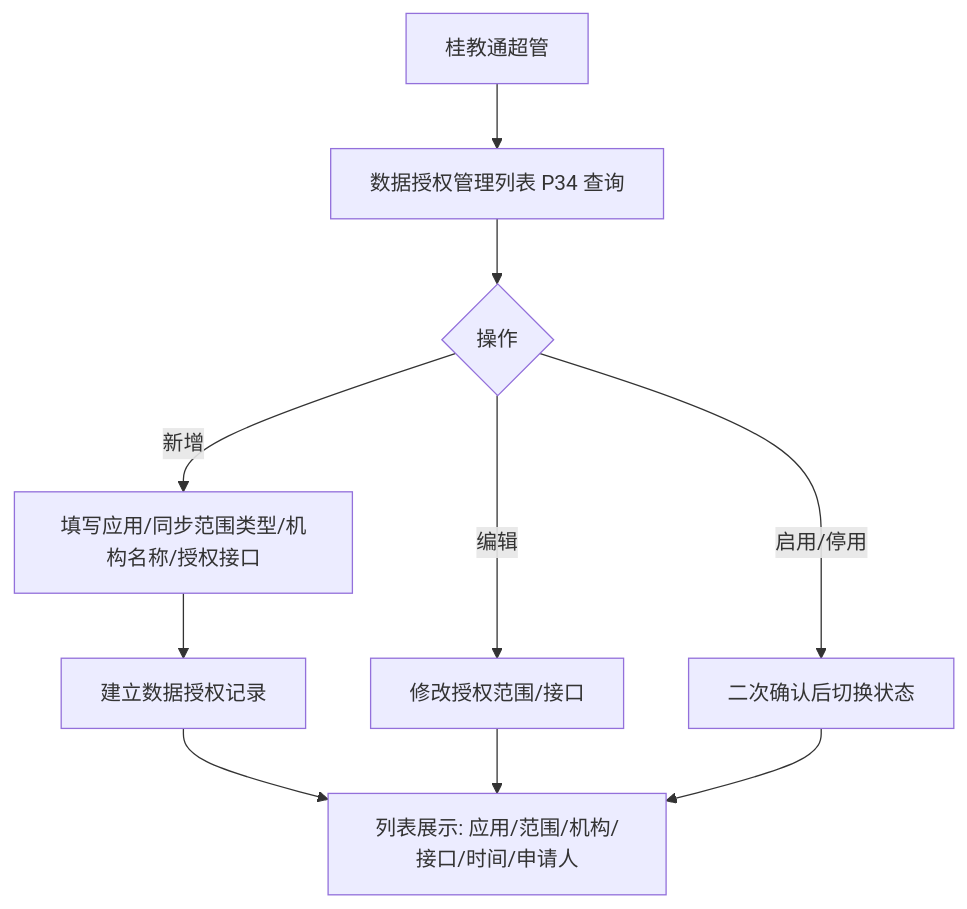
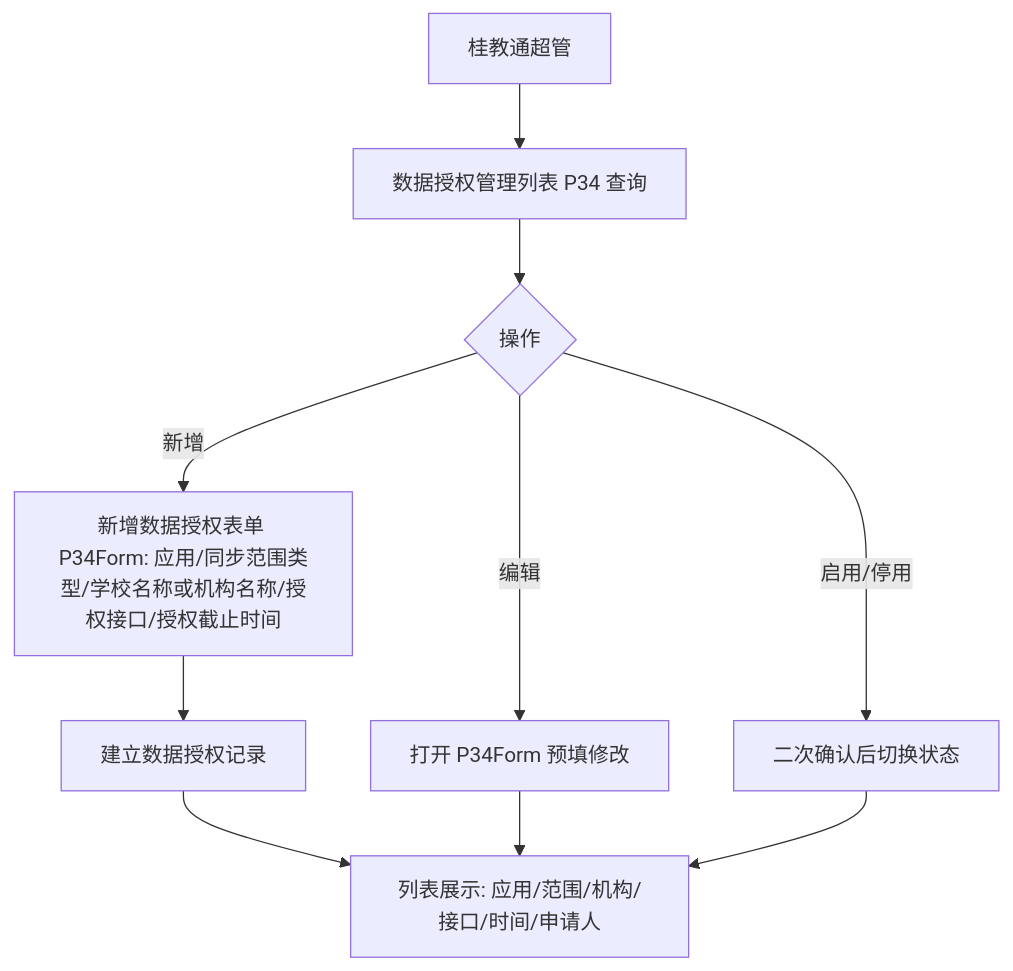
The eighth of 8 diagrams in output/prd/prd.md (sunmei119/capPlatform), drawn with Mermaid before and after one commit. The commit also changed other lines of this file and 2 other files, not shown here.

````diff
--- a/output/prd/prd.md
+++ b/output/prd/prd.md
@@ -246,12 +253,12 @@
 ```mermaid
 flowchart TD
     A[桂教通超管] --> B[数据授权管理列表 P34 查询]
     B --> C{操作}
-    C -- 新增 --> D[填写应用/同步范围类型/机构名称/授权接口]
+    C -- 新增 --> D[新增数据授权表单 P34Form: 应用/同步范围类型/学校名称或机构名称/授权接口/授权截止时间]
     D --> E[建立数据授权记录]
-    C -- 编辑 --> F[修改授权范围/接口]
+    C -- 编辑 --> F[打开 P34Form 预填修改]
     C -- 启用/停用 --> G[二次确认后切换状态]
     E --> H[列表展示: 应用/范围/机构/接口/时间/申请人]
     F --> H
     G --> H
 ```
````
